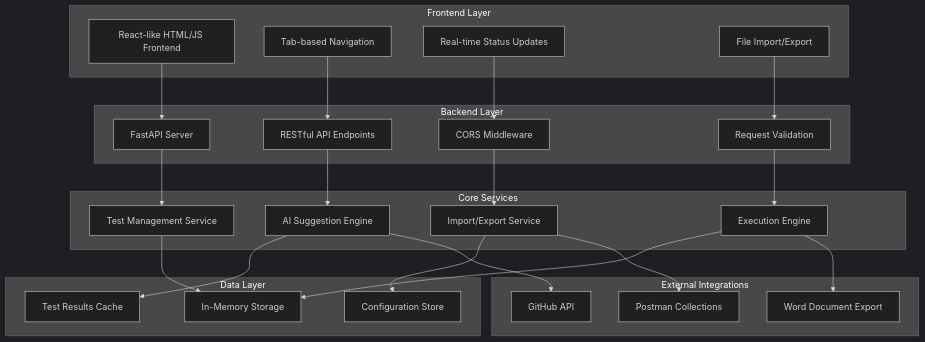
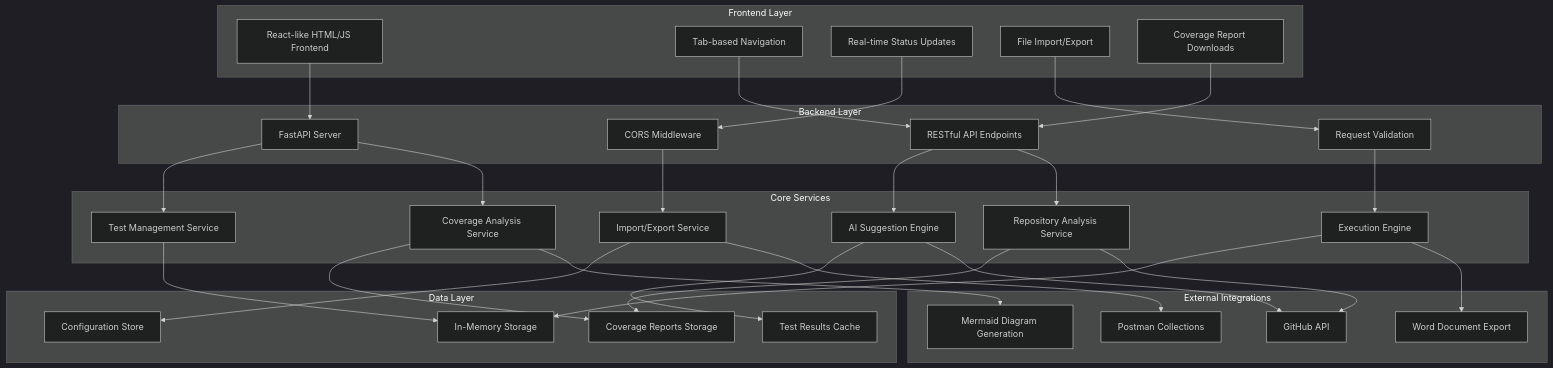
Before and after one commit to i079024/agentapi1: the first of 5 diagrams in README.md, drawn with Mermaid (dark theme). The commit also changed other lines of this file and 8 other files, not shown here.

Commit message:
Adding download of analysis report

````diff
--- a/README.md
+++ b/README.md
@@ -32,54 +36,66 @@
 ```mermaid
 graph TB
     subgraph "Frontend Layer"
         A[React-like HTML/JS Frontend]
         B[Tab-based Navigation]
         C[Real-time Status Updates]
         D[File Import/Export]
+        E[Coverage Report Downloads]
     end
     
     subgraph "Backend Layer"
-        E[FastAPI Server]
-        F[RESTful API Endpoints]
-        G[CORS Middleware]
-        H[Request Validation]
+        F[FastAPI Server]
+        G[RESTful API Endpoints]
+        H[CORS Middleware]
+        I[Request Validation]
     end
     
     subgraph "Core Services"
-        I[Test Management Service]
-        J[AI Suggestion Engine]
-        K[Import/Export Service]
-        L[Execution Engine]
+        J[Test Management Service]
+        K[AI Suggestion Engine]
+        L[Import/Export Service]
+        M[Execution Engine]
+        N[Coverage Analysis Service]
+        O[Repository Analysis Service]
     end
     
     subgraph "Data Layer"
-        M[In-Memory Storage]
-        N[Test Results Cache]
-        O[Configuration Store]
+        P[In-Memory Storage]
+        Q[Test Results Cache]
+        R[Configuration Store]
+        S[Coverage Reports Storage]
     end
     
     subgraph "External Integrations"
-        P[GitHub API]
-        Q[Postman Collections]
-        R[Word Document Export]
+        T[GitHub API]
+        U[Postman Collections]
+        V[Word Document Export]
+        W[Mermaid Diagram Generation]
     end
     
-    A --> E
-    B --> F
-    C --> G
-    D --> H
+    A --> F
+    B --> G
+    C --> H
+    D --> I
+    E --> G
     
-    E --> I
     F --> J
     G --> K
     H --> L
-    
     I --> M
-    J --> N
-    K --> O
-    L --> M
+    F --> N
+    G --> O
     
     J --> P
     K --> Q
     L --> R
+    M --> P
+    N --> S
+    O --> S
+    
+    K --> T
+    L --> U
+    M --> V
+    N --> W
+    O --> T
 ```
````
